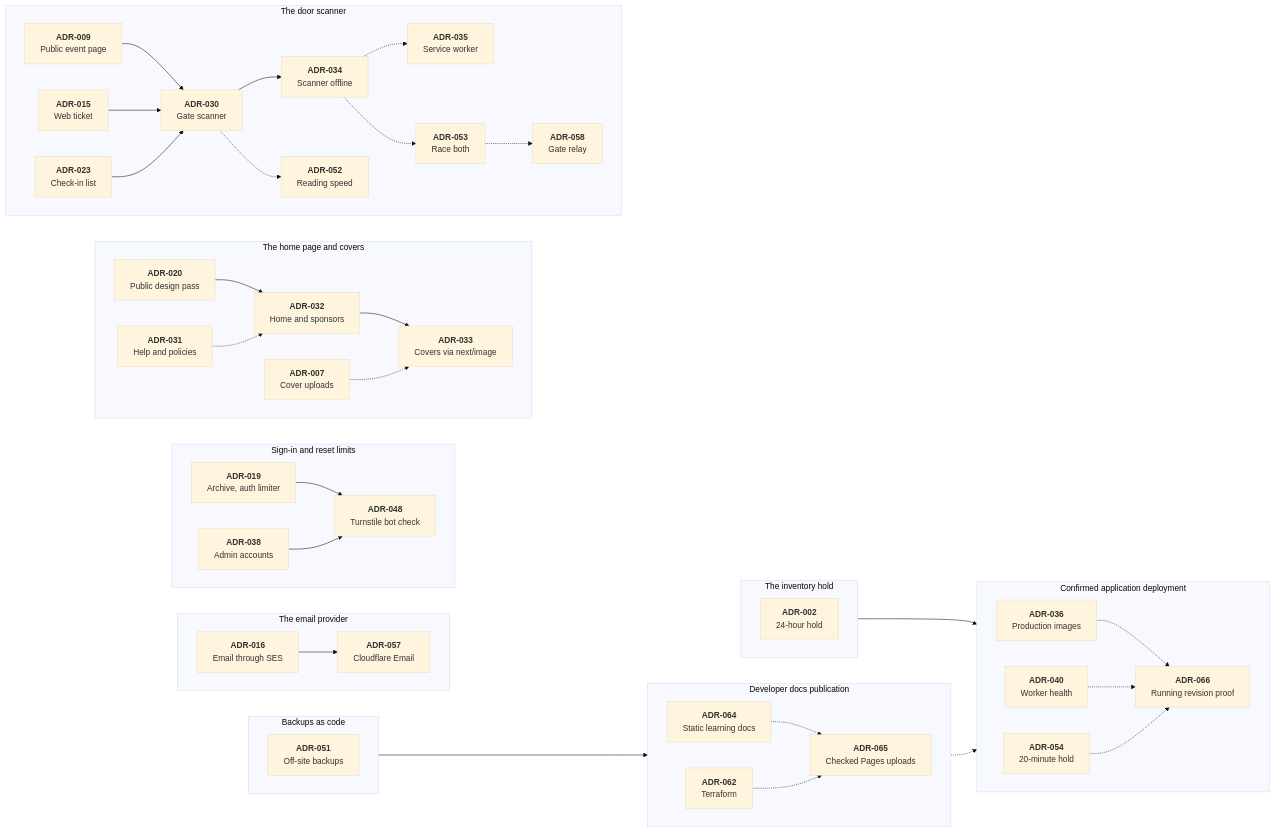
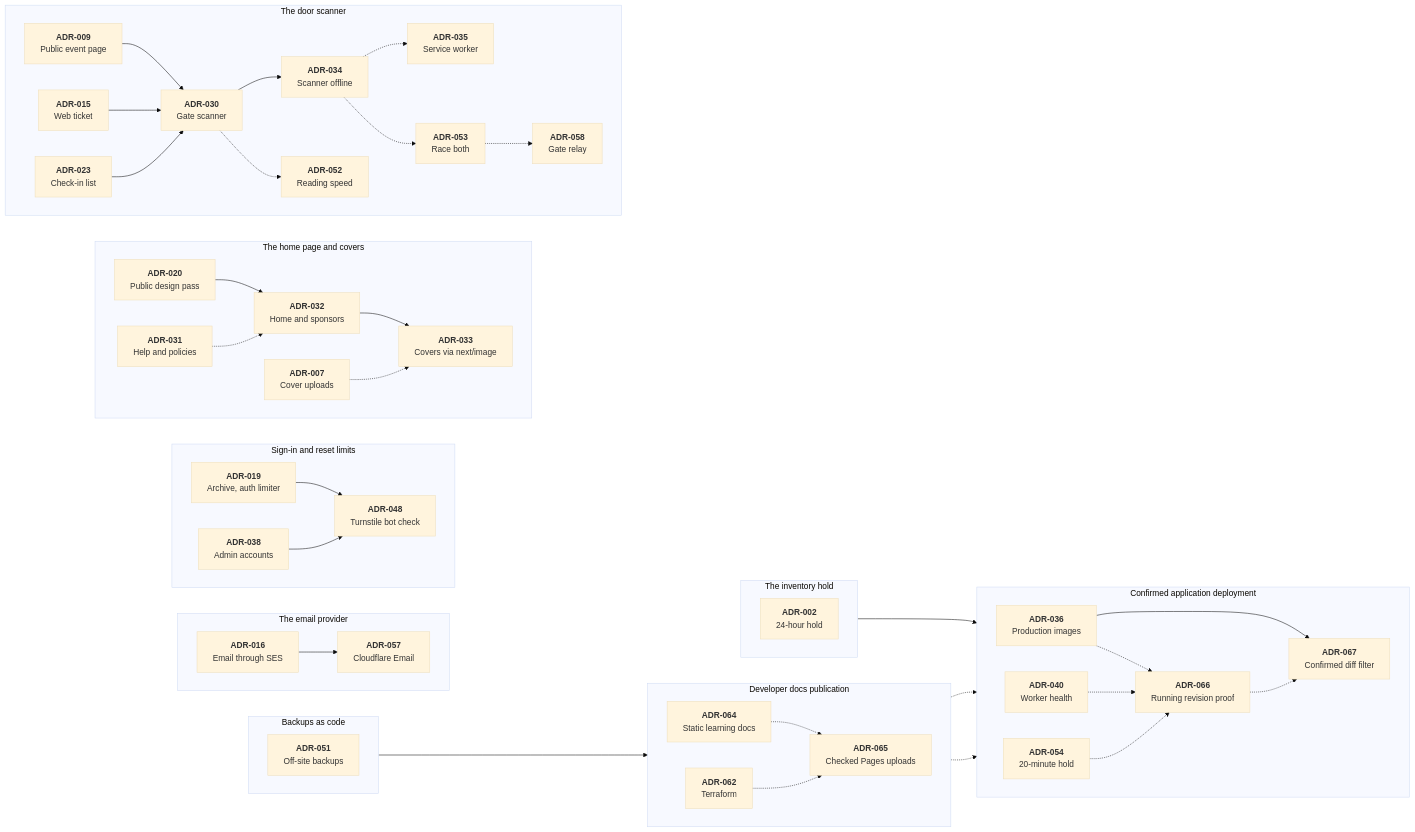
The diagram in docs/decisions/README.md (Ashfak-Hossain/EchoAndAura), drawn with Mermaid (base theme) before and after one commit. The commit also changed other lines of this file and 13 other files, not shown here.

```diff
--- a/docs/decisions/README.md
+++ b/docs/decisions/README.md
@@ -71,10 +71,15 @@
         Worker health`"]
         a066["`**ADR-066**
         Running revision proof`"]
+        a067["`**ADR-067**
+        Confirmed diff filter`"]
         a036 -.-> a066
         a040 -.-> a066
         a054 -.-> a066
         a065 -.-> a066
+        a036 --> a067
+        a065 -.-> a067
+        a066 -.-> a067
     end
     %% Mermaid draws the last group on top, so the groups are declared bottom first.
     subgraph backups ["Backups as code"]
```
